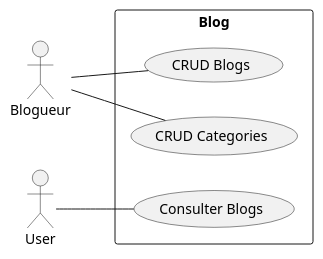
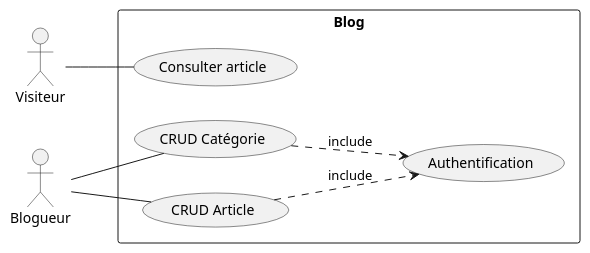
One commit to yahya-Boussakla/eloquent changed the diagram in analyse/usecase.puml. Above: the diagram before and after it, drawn with PlantUML.

Commit message:
usecase corecting

```diff
--- a/analyse/usecase.puml
+++ b/analyse/usecase.puml
@@ -1,13 +1,18 @@
-@startuml
-left to right direction
-actor "Blogueur" as fc
-actor "User" as fc1
-rectangle Blog {
-  usecase "CRUD Blogs" as UC1
-  usecase "CRUD Categories" as UC2
-  usecase "Consulter Blogs" as UC3
-}
-fc -- UC1
-fc -- UC2
-fc1 -- UC3
-@enduml
+    @startuml
+    left to right direction
+
+    actor Visiteur
+    actor Blogueur
+
+    rectangle "Blog" {
+        usecase "Consulter article" as UC_ConsulterArticles
+        usecase "CRUD Catégorie" as UC_Categorie
+        usecase "CRUD Article" as UC_Article  
+        usecase "Authentification" as Auth
+    }
+    Blogueur -- UC_Article
+    Blogueur -- UC_Categorie
+    Visiteur -- UC_ConsulterArticles
+    UC_Categorie .-> Auth : "include"
+    UC_Article .-> Auth : "include"
+    @enduml
```
